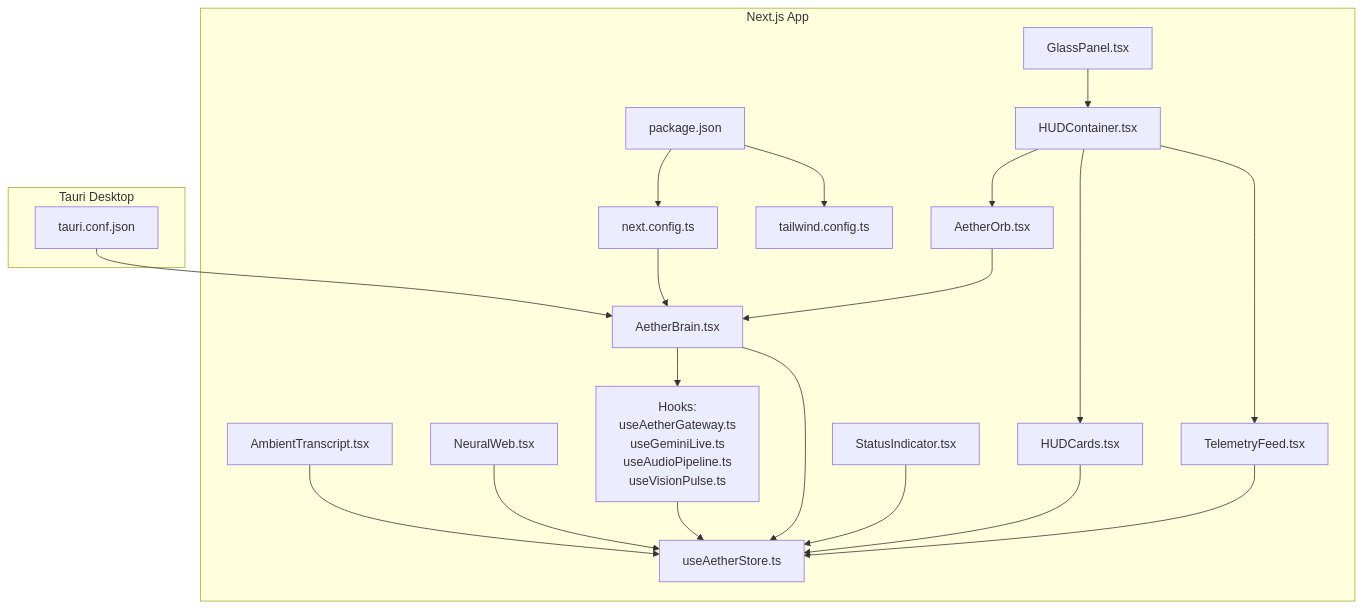
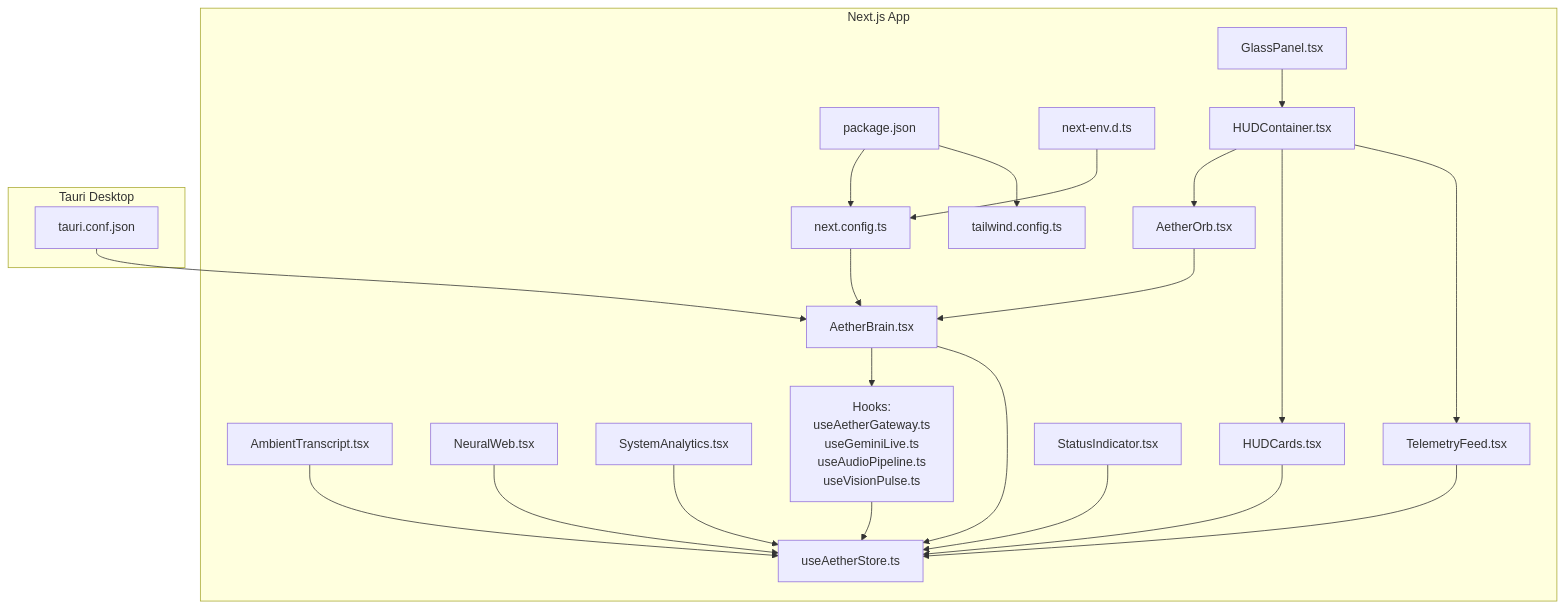
The first of 11 diagrams in .qoder/repowiki/en/content/Frontend Application/Frontend Application.md (Moeabdelaziz007/Aether-Voice-OS), drawn with Mermaid before and after one commit. The commit also changed other lines of this file and 29 other files, not shown here.

````diff
--- a/.qoder/repowiki/en/content/Frontend Application/Frontend Application.md
+++ b/.qoder/repowiki/en/content/Frontend Application/Frontend Application.md
@@ -48,39 +56,43 @@
 ```mermaid
 graph TB
 subgraph "Next.js App"
 Pkg["package.json"]
 NextCfg["next.config.ts"]
+NextEnv["next-env.d.ts"]
 Tailwind["tailwind.config.ts"]
 Store["useAetherStore.ts"]
 Brain["AetherBrain.tsx"]
 Orb["AetherOrb.tsx"]
 Transcript["AmbientTranscript.tsx"]
 Neural["NeuralWeb.tsx"]
 HUD["HUDContainer.tsx"]
+SystemAnalytics["SystemAnalytics.tsx"]
 Cards["HUDCards.tsx"]
 Panel["GlassPanel.tsx"]
 Telemetry["TelemetryFeed.tsx"]
 Status["StatusIndicator.tsx"]
 Hooks["Hooks:<br/>useAetherGateway.ts<br/>useGeminiLive.ts<br/>useAudioPipeline.ts<br/>useVisionPulse.ts"]
 end
 subgraph "Tauri Desktop"
 Conf["tauri.conf.json"]
 end
 Hooks --> Store
 Brain --> Hooks
 Brain --> Store
 Orb --> Brain
 Transcript --> Store
 Neural --> Store
 Cards --> Store
 Telemetry --> Store
 HUD --> Orb
 HUD --> Cards
 HUD --> Telemetry
+SystemAnalytics --> Store
 Panel --> HUD
 Status --> Store
 Pkg --> NextCfg
 Pkg --> Tailwind
 NextCfg --> Brain
+NextEnv --> NextCfg
 Conf --> Brain
 ```
````
